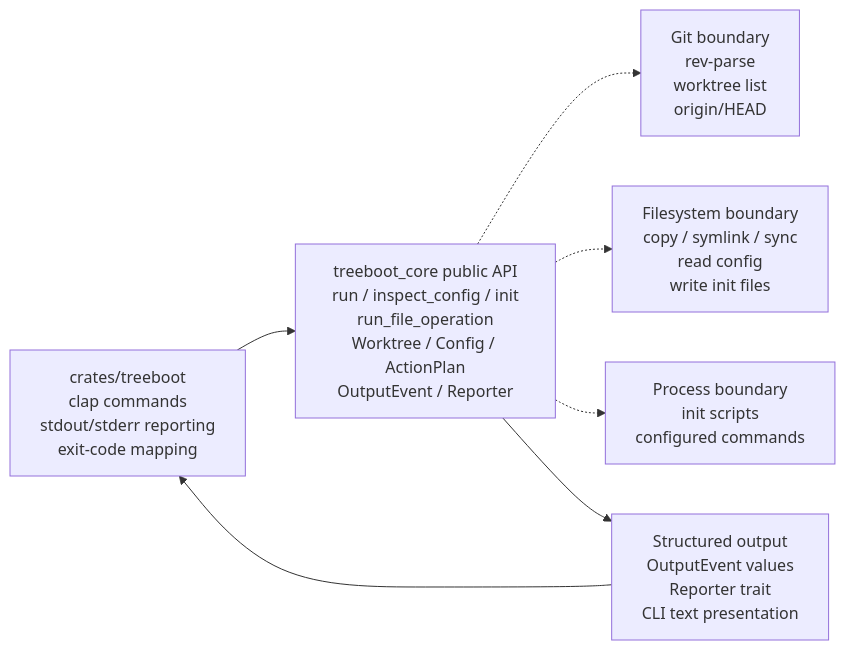
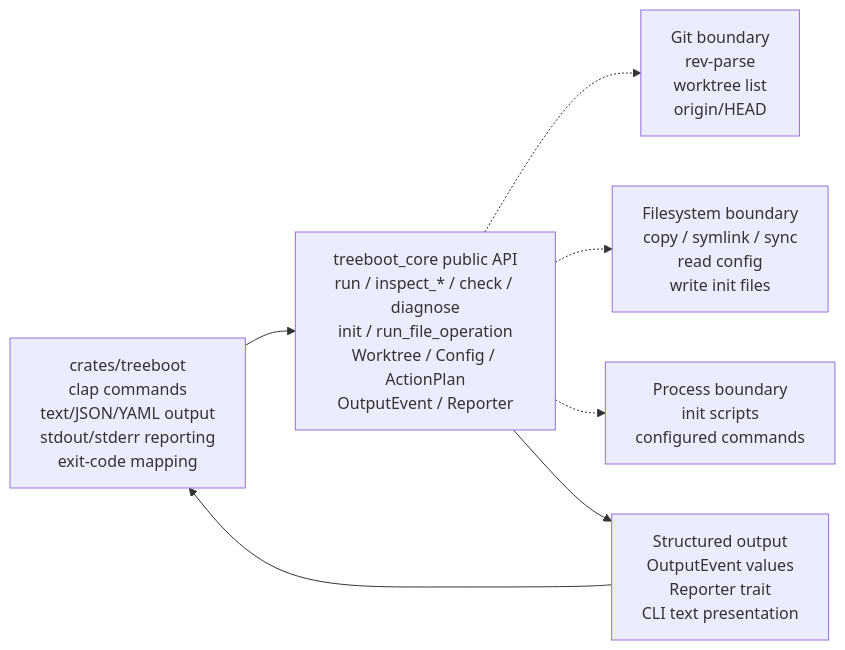
One commit to jimeh/treeboot changed the first of 5 diagrams in docs/ARCHITECTURE.md. Above: the diagram before and after it, drawn with Mermaid. The commit also changed other lines of this file and 49 other files, not shown here.

First line of the commit message:
feat: add treeboot inspection commands (#50)

````diff
--- a/docs/ARCHITECTURE.md
+++ b/docs/ARCHITECTURE.md
@@ -13,16 +13,16 @@
 ```mermaid
 flowchart LR
-  CLI["crates/treeboot<br/>clap commands<br/>stdout/stderr reporting<br/>exit-code mapping"]
-  API["treeboot_core public API<br/>run / inspect_config / init<br/>run_file_operation<br/>Worktree / Config / ActionPlan<br/>OutputEvent / Reporter"]
+  CLI["crates/treeboot<br/>clap commands<br/>text/JSON/YAML output<br/>stdout/stderr reporting<br/>exit-code mapping"]
+  API["treeboot_core public API<br/>run / inspect_* / check / diagnose<br/>init / run_file_operation<br/>Worktree / Config / ActionPlan<br/>OutputEvent / Reporter"]
   GIT["Git boundary<br/>rev-parse<br/>worktree list<br/>origin/HEAD"]
   FS["Filesystem boundary<br/>copy / symlink / sync<br/>read config<br/>write init files"]
   PROC["Process boundary<br/>init scripts<br/>configured commands"]
   OUT["Structured output<br/>OutputEvent values<br/>Reporter trait<br/>CLI text presentation"]
 
   CLI --> API
   API -.-> GIT
   API -.-> FS
   API -.-> PROC
   API --> OUT
   OUT --> CLI
 ```
````
